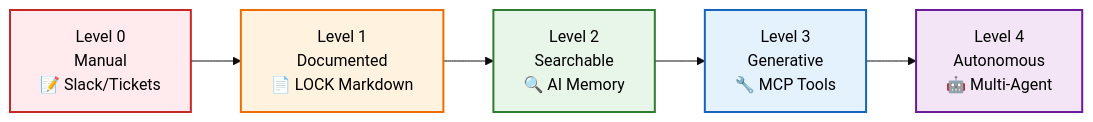
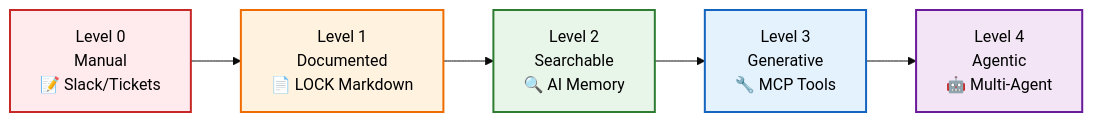
The second of 4 diagrams in README.md (BrizoSec/Hecate-Core), drawn with Mermaid (base theme) before and after one commit. The commit also changed other lines of this file and 10 other files, not shown here.

Commit message:
redid example hunts and updated level 4 to agentic

````diff
--- a/README.md
+++ b/README.md
@@ -84,19 +84,19 @@
 ```mermaid
 graph LR
     L0["Level 0<br/>Manual<br/>📝 Slack/Tickets"]
     L1["Level 1<br/>Documented<br/>📄 LOCK Markdown"]
     L2["Level 2<br/>Searchable<br/>🔍 AI Memory"]
     L3["Level 3<br/>Generative<br/>🔧 MCP Tools"]
-    L4["Level 4<br/>Autonomous<br/>🤖 Multi-Agent"]
+    L4["Level 4<br/>Agentic<br/>🤖 Multi-Agent"]
 
     L0 --> L1
     L1 --> L2
     L2 --> L3
     L3 --> L4
 
     style L0 fill:#ffebee,stroke:#c62828,stroke-width:2px,color:#000
     style L1 fill:#fff3e0,stroke:#ef6c00,stroke-width:2px,color:#000
     style L2 fill:#e8f5e9,stroke:#2e7d32,stroke-width:2px,color:#000
     style L3 fill:#e3f2fd,stroke:#1565c0,stroke-width:2px,color:#000
     style L4 fill:#f3e5f5,stroke:#6a1b9a,stroke-width:2px,color:#000
 ```
````
